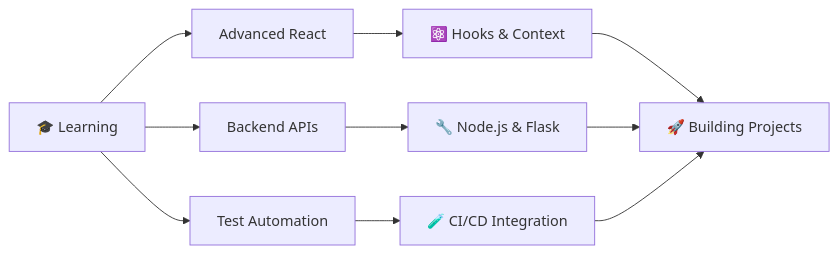
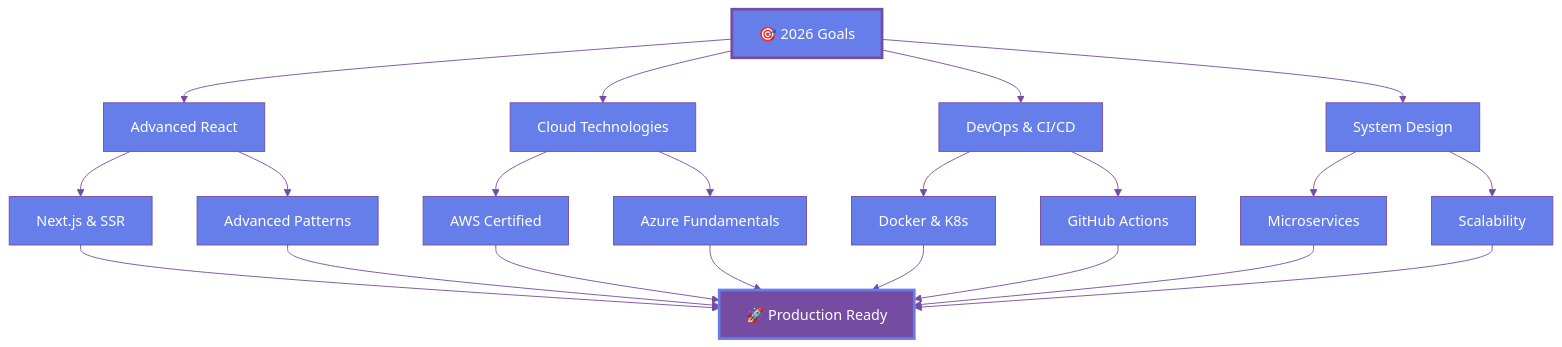
Before and after one commit to saiprakash0506/saiprakash0506: the diagram in README.md, drawn with Mermaid. The commit also changed other lines of this file, not shown here.

````diff
--- a/README.md
+++ b/README.md
@@ -263,12 +347,32 @@
 ```mermaid
-graph LR
-    A[🎓 Learning] --> B[Advanced React]
-    A --> C[Backend APIs]
-    A --> D[Test Automation]
-    B --> E[⚛️ Hooks & Context]
-    C --> F[🔧 Node.js & Flask]
-    D --> G[🧪 CI/CD Integration]
-    E --> H[🚀 Building Projects]
-    F --> H
-    G --> H
+%%{init: {'theme':'base', 'themeVariables': { 'primaryColor':'#667eea','primaryTextColor':'#fff','primaryBorderColor':'#764ba2','lineColor':'#764ba2','secondaryColor':'#764ba2','tertiaryColor':'#667eea'}}}%%
+graph TB
+    A[🎯 2026 Goals] --> B[Advanced React]
+    A --> C[Cloud Technologies]
+    A --> D[DevOps & CI/CD]
+    A --> E[System Design]
+    
+    B --> F[Next.js & SSR]
+    B --> G[Advanced Patterns]
+    
+    C --> H[AWS Certified]
+    C --> I[Azure Fundamentals]
+    
+    D --> J[Docker & K8s]
+    D --> K[GitHub Actions]
+    
+    E --> L[Microservices]
+    E --> M[Scalability]
+    
+    F --> N[🚀 Production Ready]
+    G --> N
+    H --> N
+    I --> N
+    J --> N
+    K --> N
+    L --> N
+    M --> N
+    
+    style A fill:#667eea,stroke:#764ba2,stroke-width:3px,color:#fff
+    style N fill:#764ba2,stroke:#667eea,stroke-width:3px,color:#fff
 ```
````
